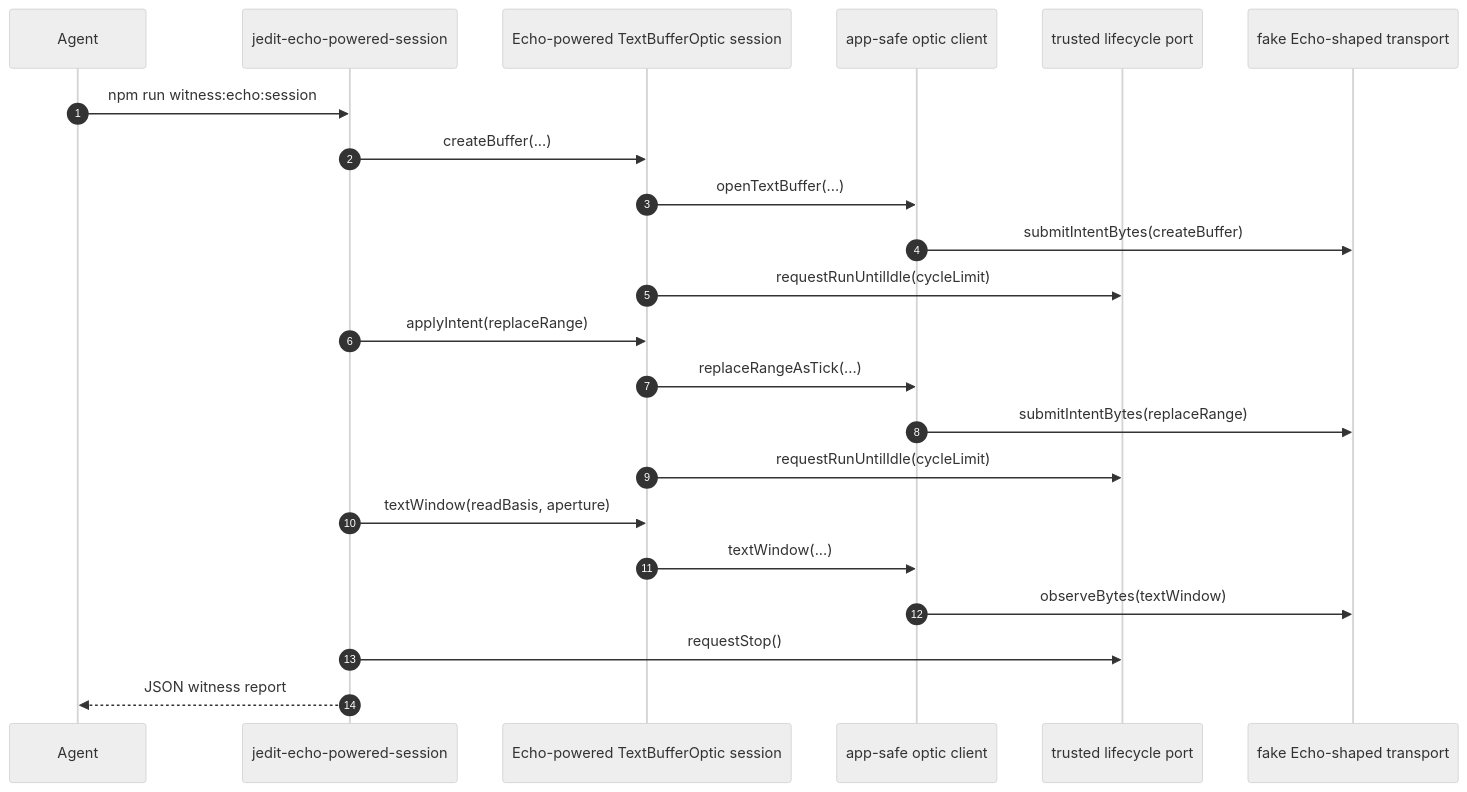
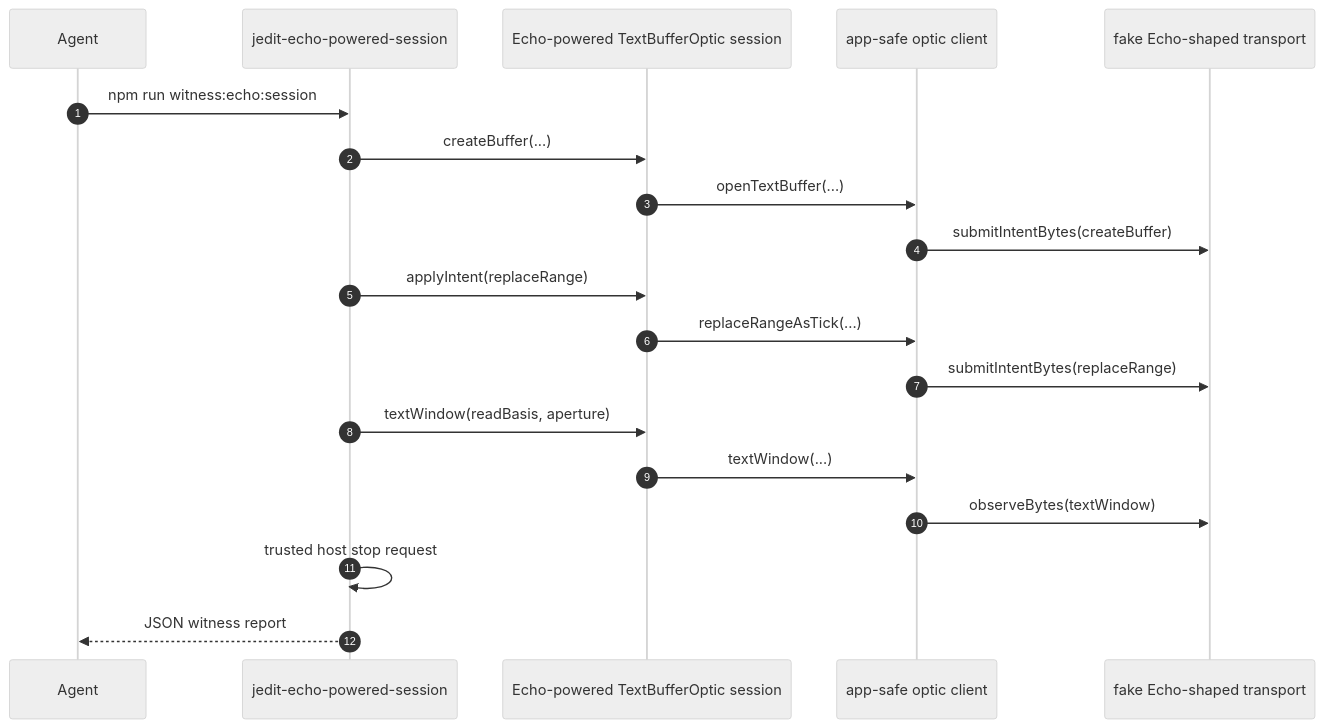
Diagram 12 of 14 in docs/jedit-echo-end-to-end.md (flyingrobots/jedit), drawn with Mermaid (neutral theme) before and after one commit. The commit also changed other lines of this file and 19 other files, not shown here.

````diff
--- a/docs/jedit-echo-end-to-end.md
+++ b/docs/jedit-echo-end-to-end.md
@@ -849,25 +848,22 @@
 ```mermaid
 sequenceDiagram
   autonumber
   participant Agent
   participant CLI as jedit-echo-powered-session
   participant Session as Echo-powered TextBufferOptic session
   participant Client as app-safe optic client
-  participant Lifecycle as trusted lifecycle port
   participant Transport as fake Echo-shaped transport
 
   Agent->>CLI: npm run witness:echo:session
   CLI->>Session: createBuffer(...)
   Session->>Client: openTextBuffer(...)
   Client->>Transport: submitIntentBytes(createBuffer)
-  Session->>Lifecycle: requestRunUntilIdle(cycleLimit)
   CLI->>Session: applyIntent(replaceRange)
   Session->>Client: replaceRangeAsTick(...)
   Client->>Transport: submitIntentBytes(replaceRange)
-  Session->>Lifecycle: requestRunUntilIdle(cycleLimit)
   CLI->>Session: textWindow(readBasis, aperture)
   Session->>Client: textWindow(...)
   Client->>Transport: observeBytes(textWindow)
-  CLI->>Lifecycle: requestStop()
+  CLI->>CLI: trusted host stop request
   CLI-->>Agent: JSON witness report
 ```
````
